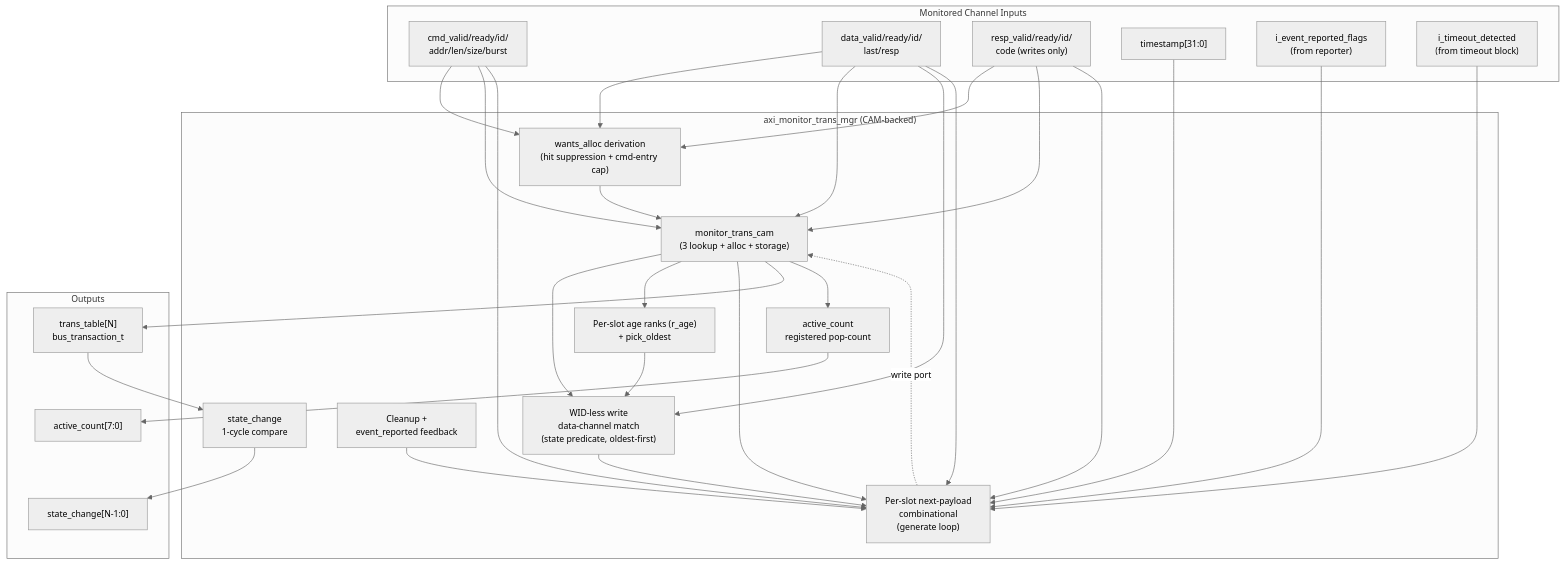
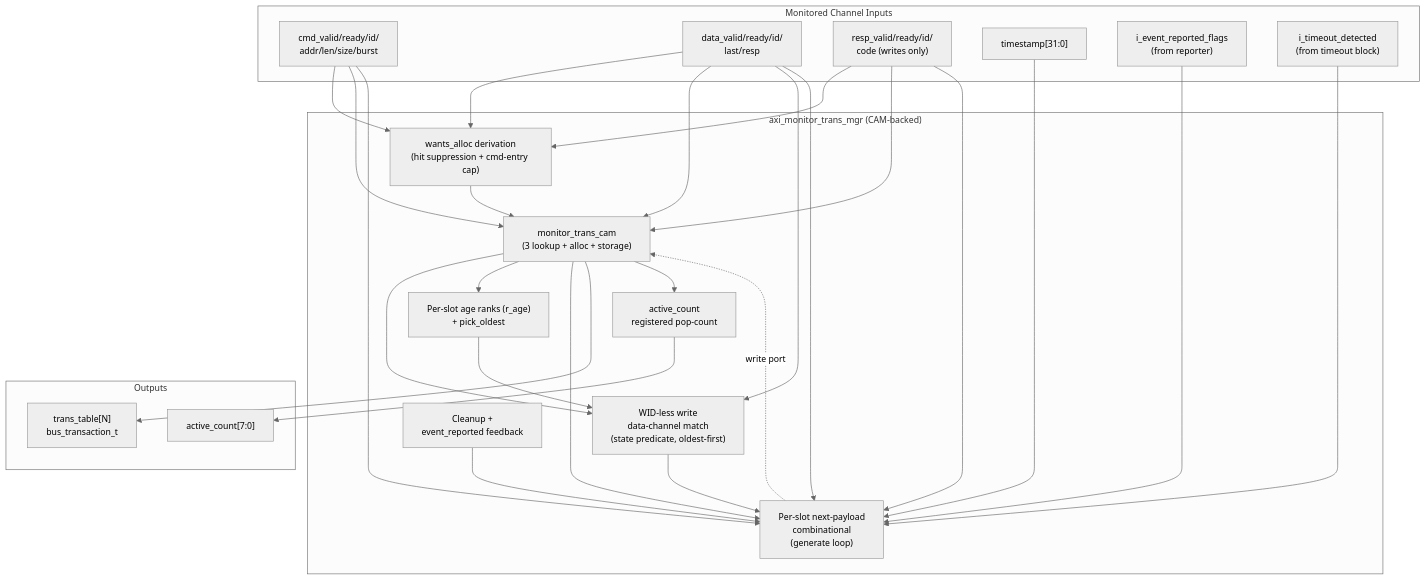
One commit to sean-galloway/RTLDesignSherpa changed the diagram in docs/markdown/rtl-amba/monitor/axi_monitor_trans_mgr.md. Above: the diagram before and after it, drawn with Mermaid. The commit also changed other lines of this file and 6 other files, not shown here.

````diff
--- a/docs/markdown/rtl-amba/monitor/axi_monitor_trans_mgr.md
+++ b/docs/markdown/rtl-amba/monitor/axi_monitor_trans_mgr.md
@@ -194,56 +192,52 @@
 ```mermaid
 %%{init: {'theme': 'neutral', 'themeVariables': { 'fontSize': '14px'}}}%%
 flowchart TB
     subgraph Inputs["Monitored Channel Inputs"]
         CMD["cmd_valid/ready/id/<br/>addr/len/size/burst"]
         DATA["data_valid/ready/id/<br/>last/resp"]
         RESP["resp_valid/ready/id/<br/>code (writes only)"]
         TS["timestamp[31:0]"]
         EVT_FB["i_event_reported_flags<br/>(from reporter)"]
         TO_FB["i_timeout_detected<br/>(from timeout block)"]
     end
 
     subgraph axi_monitor_trans_mgr["axi_monitor_trans_mgr (CAM-backed)"]
         WID_MATCH["WID-less write<br/>data-channel match<br/>(state predicate, oldest-first)"]
         AGE["Per-slot age ranks (r_age)<br/>+ pick_oldest"]
         WANTS["wants_alloc derivation<br/>(hit suppression + cmd-entry cap)"]
         CAM_INST["monitor_trans_cam<br/>(3 lookup + alloc + storage)"]
         NEXT_STATE["Per-slot next-payload<br/>combinational<br/>(generate loop)"]
         CLEANUP["Cleanup +<br/>event_reported feedback"]
         COUNT_PIPE["active_count<br/>registered pop-count"]
-        STATE_CHG["state_change<br/>1-cycle compare"]
     end
 
     subgraph Outputs["Outputs"]
         TT["trans_table[N]<br/>bus_transaction_t"]
         AC["active_count[7:0]"]
-        SC["state_change[N-1:0]"]
     end
 
     CMD --> WANTS
     DATA --> WANTS
     RESP --> WANTS
     CMD --> CAM_INST
     DATA --> CAM_INST
     RESP --> CAM_INST
     WANTS --> CAM_INST
     DATA --> WID_MATCH
     CAM_INST --> WID_MATCH
     AGE --> WID_MATCH
     CAM_INST --> AGE
     CAM_INST --> NEXT_STATE
     WID_MATCH --> NEXT_STATE
     CMD --> NEXT_STATE
     DATA --> NEXT_STATE
     RESP --> NEXT_STATE
     TS --> NEXT_STATE
     EVT_FB --> NEXT_STATE
     TO_FB --> NEXT_STATE
     CLEANUP --> NEXT_STATE
     NEXT_STATE -.write port.-> CAM_INST
     CAM_INST --> TT
     CAM_INST --> COUNT_PIPE
     COUNT_PIPE --> AC
-    TT --> STATE_CHG
-    STATE_CHG --> SC
 ```
````
